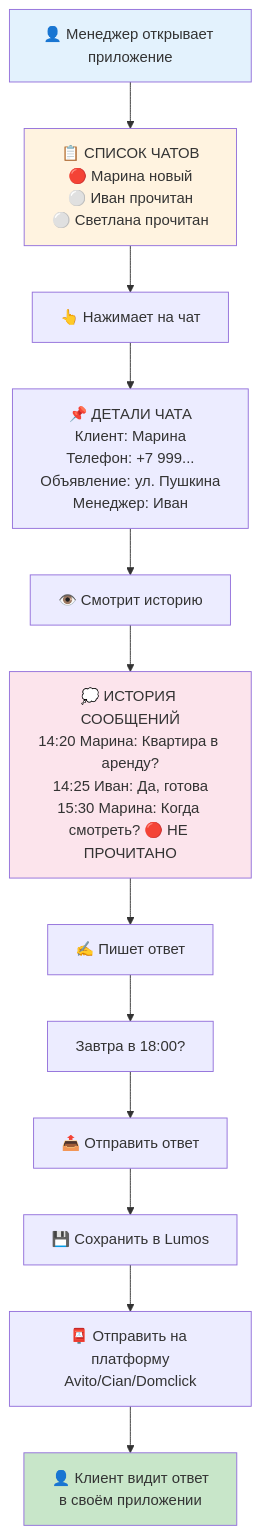
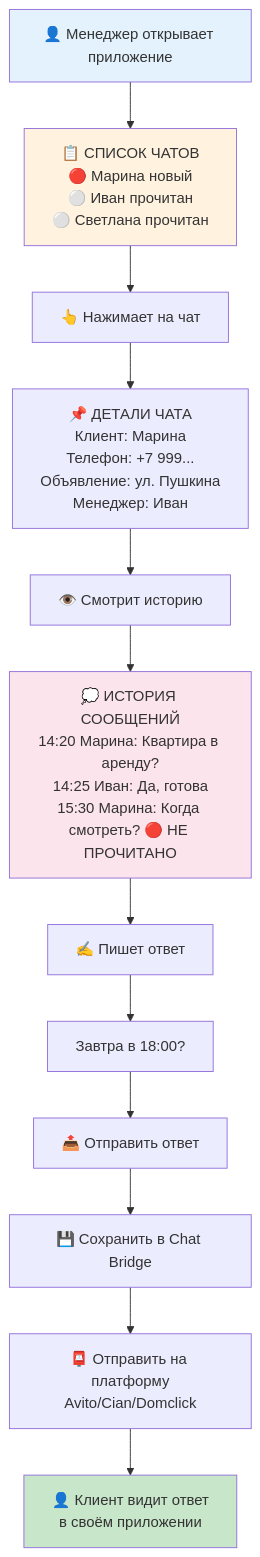
Before and after one commit to mcandylab/mintlify-docs: the fifth of 9 diagrams in diagrammy-i-skhemy.mdx, drawn with Mermaid. The commit also changed other lines of this file, not shown here.

````diff
--- a/diagrammy-i-skhemy.mdx
+++ b/diagrammy-i-skhemy.mdx
@@ -108,20 +107,20 @@
 ```mermaid
 flowchart TD
     A["👤 Менеджер открывает приложение"]
     A --> B["📋 СПИСОК ЧАТОВ<br/>🔴 Марина новый<br/>⚪ Иван прочитан<br/>⚪ Светлана прочитан"]
     B --> C["👆 Нажимает на чат"]
     C --> D["📌 ДЕТАЛИ ЧАТА<br/>Клиент: Марина<br/>Телефон: +7 999...<br/>Объявление: ул. Пушкина<br/>Менеджер: Иван"]
     D --> E["👁️ Смотрит историю"]
     E --> F["💭 ИСТОРИЯ СООБЩЕНИЙ<br/>14:20 Марина: Квартира в аренду?<br/>14:25 Иван: Да, готова<br/>15:30 Марина: Когда смотреть? 🔴 НЕ ПРОЧИТАНО"]
     F --> G["✍️ Пишет ответ"]
     G --> H["Завтра в 18:00?"]
     H --> I["📤 Отправить ответ"]
-    I --> J["💾 Сохранить в Lumos"]
+    I --> J["💾 Сохранить в Chat Bridge"]
     J --> K["📮 Отправить на платформу<br/>Avito/Cian/Domclick"]
     K --> L["👤 Клиент видит ответ<br/>в своём приложении"]
 
     style A fill:#e3f2fd
     style B fill:#fff3e0
     style F fill:#fce4ec
     style L fill:#c8e6c9
 ```
````
